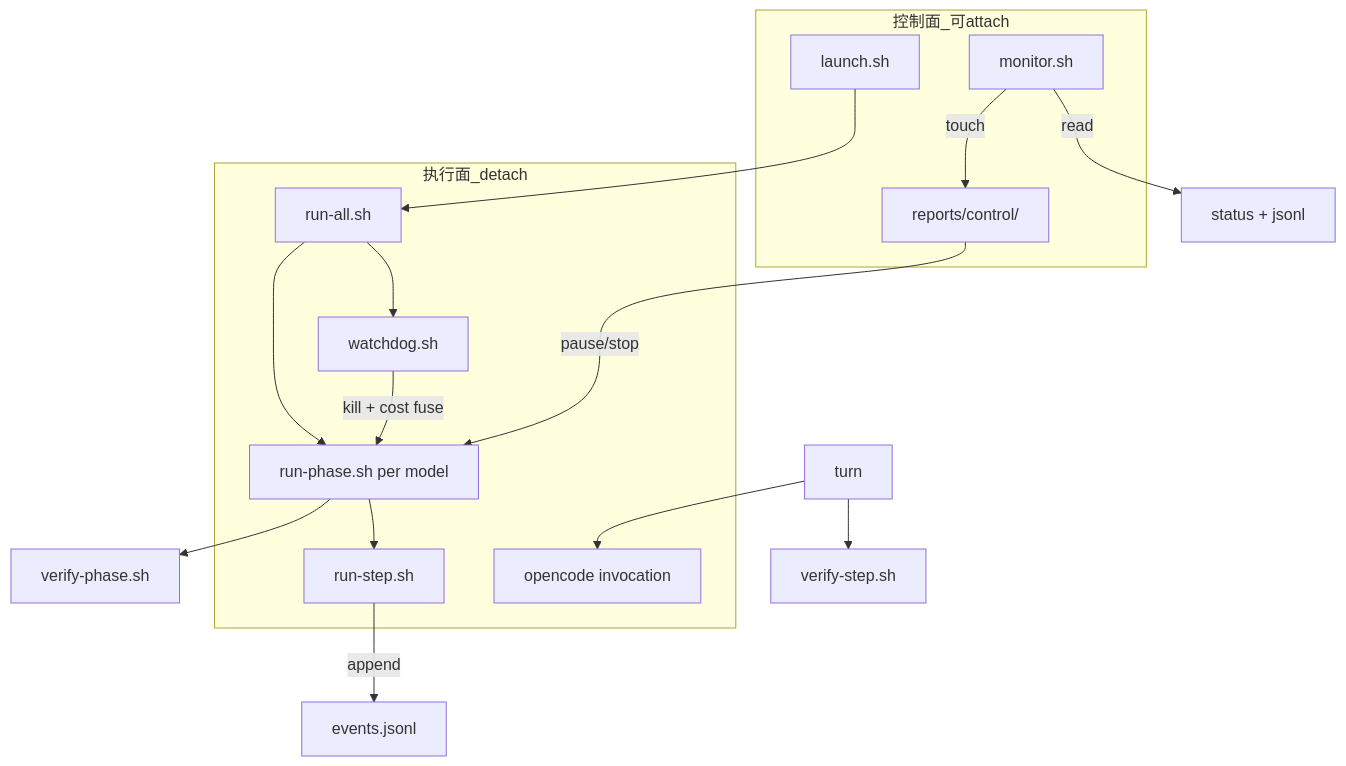
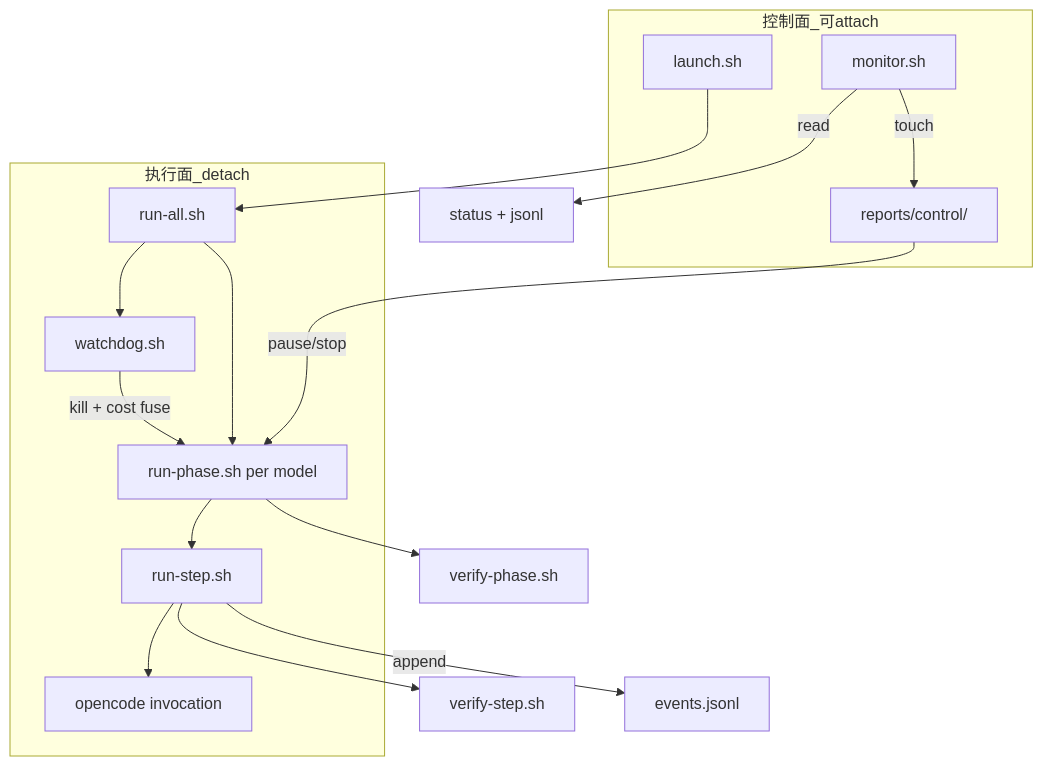
Before and after one commit to orochi115/SudokuSolver: the diagram in orchestration/round2/design/harness-spec.md, drawn with Mermaid.

Commit message:
docs(round2): fix mermaid edges in harness-spec diagram

````diff
--- a/orchestration/round2/design/harness-spec.md
+++ b/orchestration/round2/design/harness-spec.md
@@ -18,30 +18,30 @@
 ```mermaid
 flowchart TB
   subgraph control_plane [控制面_可attach]
     launch[launch.sh]
     monitor[monitor.sh]
     ctl[reports/control/]
   end
 
   subgraph data_plane [执行面_detach]
     sched[run-all.sh]
     wd[watchdog.sh]
     pipe[run-phase.sh per model]
     stepNode[run-step.sh]
     oc[opencode invocation]
   end
 
   launch --> sched
   sched --> wd
   sched --> pipe
   pipe --> stepNode
-  turn --> oc
-  turn --> vt[verify-step.sh]
+  stepNode --> oc
+  stepNode --> vt[verify-step.sh]
   pipe --> vr[verify-phase.sh]
 
   monitor -->|read| status[status + jsonl]
   monitor -->|touch| ctl
   ctl -->|pause/stop| pipe
   wd -->|kill + cost fuse| pipe
   stepNode -->|append| events[events.jsonl]
 ```
````
